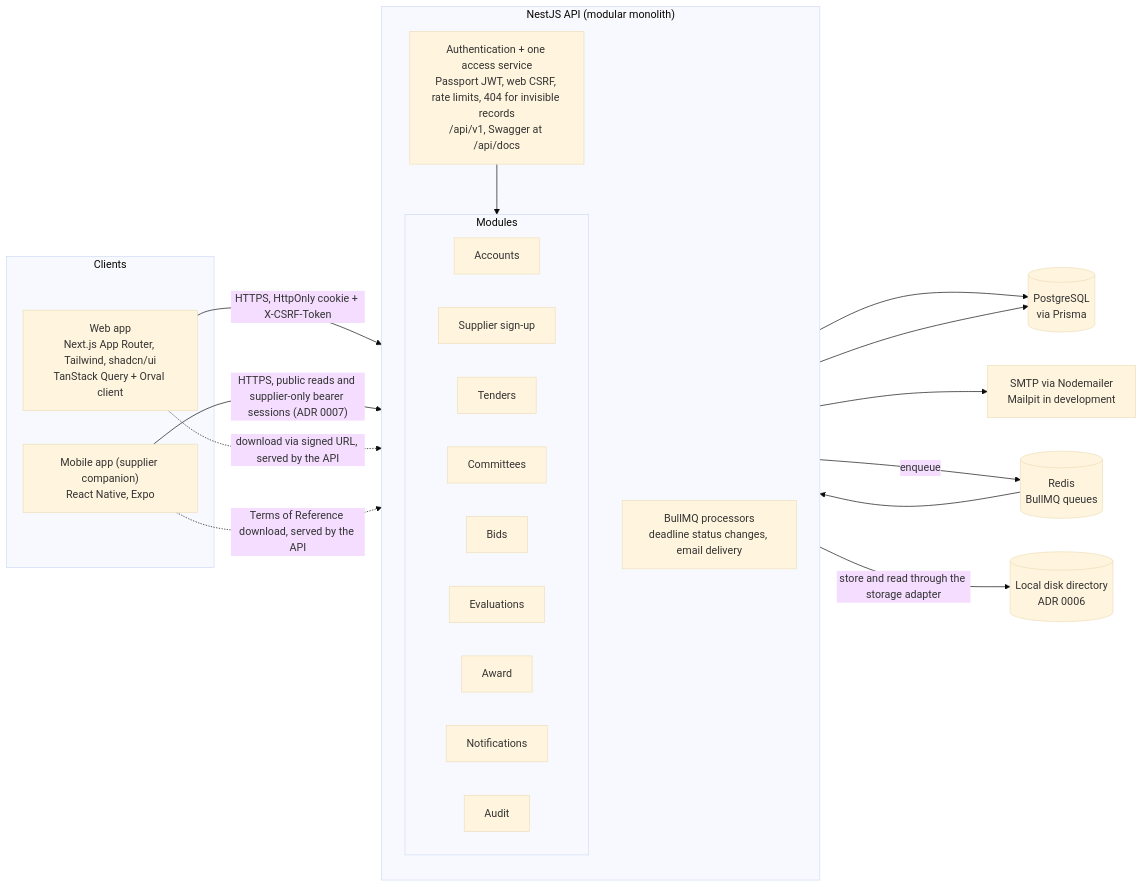
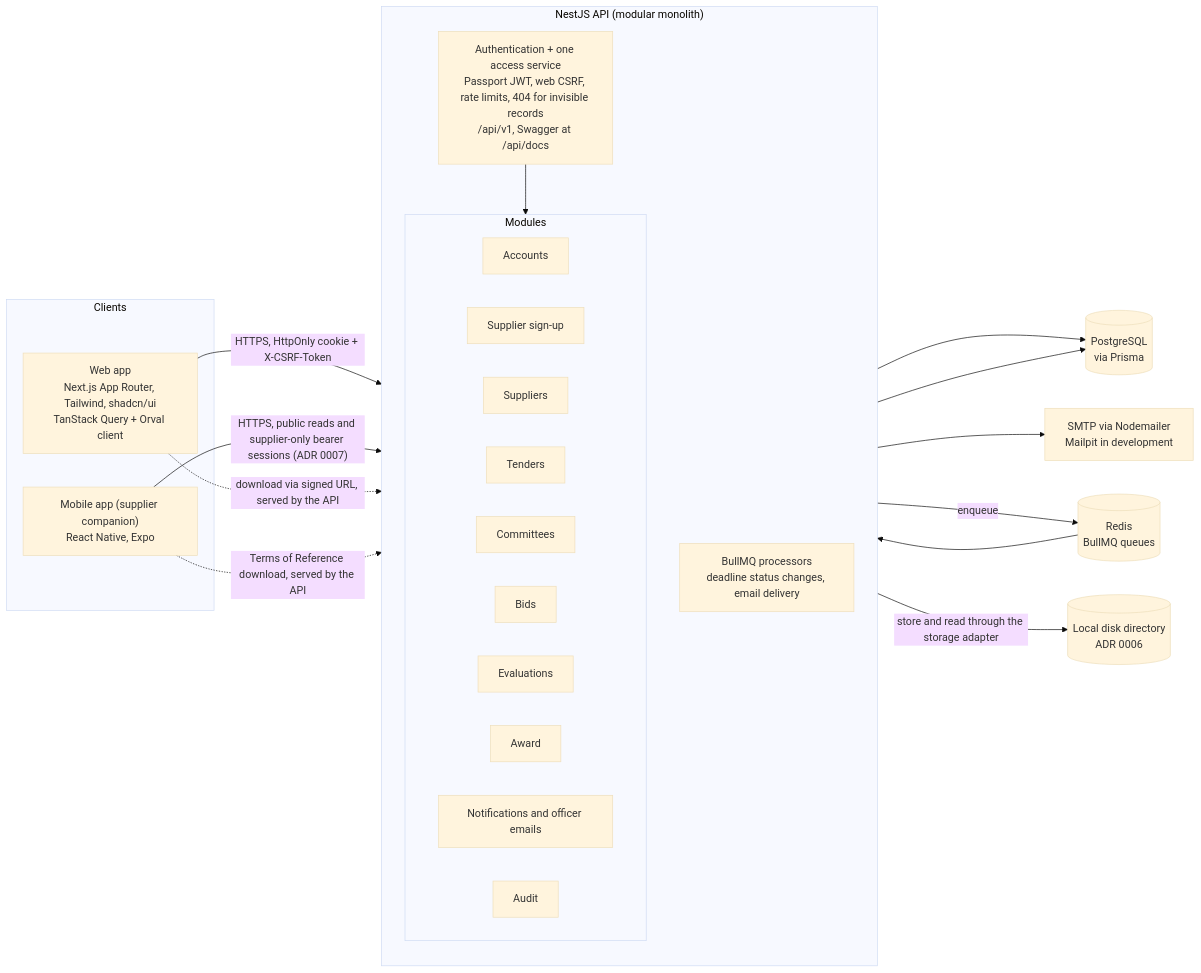
The diagram in docs/05_ARCHITECTURE/ARCHITECTURE.md (majedhmoud/b4f-akf-tender-supplier-management), drawn with Mermaid (base theme) before and after one commit. The commit also changed 45 other files, not shown here.

````diff
--- a/docs/05_ARCHITECTURE/ARCHITECTURE.md
+++ b/docs/05_ARCHITECTURE/ARCHITECTURE.md
@@ -9,42 +9,43 @@
 ```mermaid
 flowchart LR
   subgraph Clients
     WEB["Web app<br/>Next.js App Router, Tailwind, shadcn/ui<br/>TanStack Query + Orval client"]
     MOB["Mobile app (supplier companion)<br/>React Native, Expo"]
   end
 
   subgraph API["NestJS API (modular monolith)"]
     direction TB
     GUARD["Authentication + one access service<br/>Passport JWT, web CSRF, rate limits, 404 for invisible records<br/>/api/v1, Swagger at /api/docs"]
     subgraph Modules
       direction LR
       M_ACC[Accounts]
       M_SIGN[Supplier sign-up]
+      M_SUP[Suppliers]
       M_TEN[Tenders]
       M_COM[Committees]
       M_BID[Bids]
       M_EVA[Evaluations]
       M_AWD[Award]
-      M_NOT[Notifications]
+      M_NOT[Notifications and officer emails]
       M_AUD[Audit]
     end
     JOBS["BullMQ processors<br/>deadline status changes, email delivery"]
     GUARD --> Modules
   end
 
   DB[("PostgreSQL<br/>via Prisma")]
   REDIS[("Redis<br/>BullMQ queues")]
   FILES[("Local disk directory<br/>ADR 0006")]
   SMTP["SMTP via Nodemailer<br/>Mailpit in development"]
 
   WEB -- "HTTPS, HttpOnly cookie + X-CSRF-Token" --> GUARD
   MOB -- "HTTPS, public reads and supplier-only bearer sessions (ADR 0007)" --> GUARD
   Modules --> DB
   Modules -- "enqueue" --> REDIS
   REDIS --> JOBS
   JOBS --> DB
   JOBS --> SMTP
   Modules -- "store and read through the storage adapter" --> FILES
   WEB -. "download via signed URL, served by the API" .-> GUARD
   MOB -. "Terms of Reference download, served by the API" .-> GUARD
 ```
````
